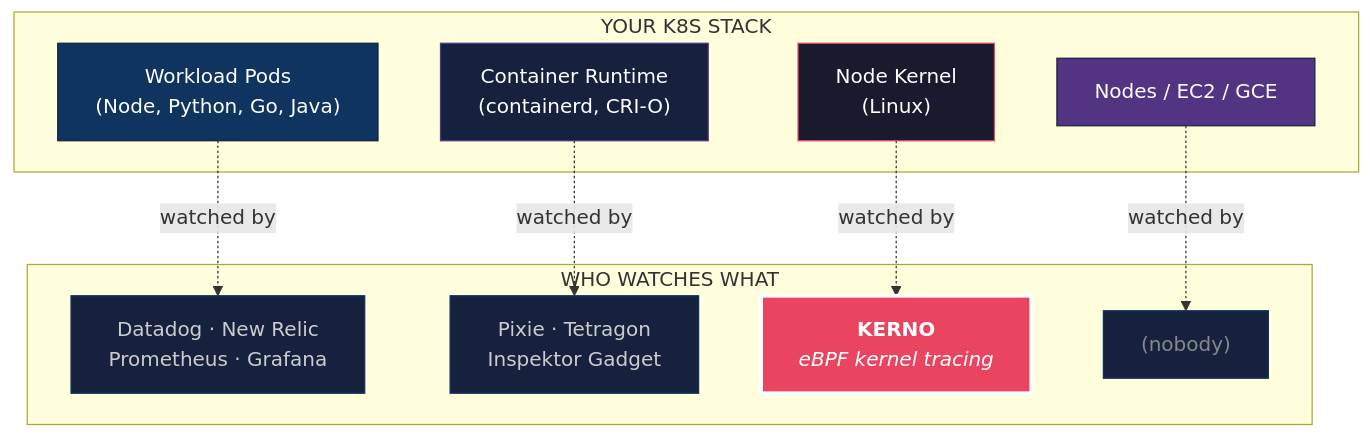
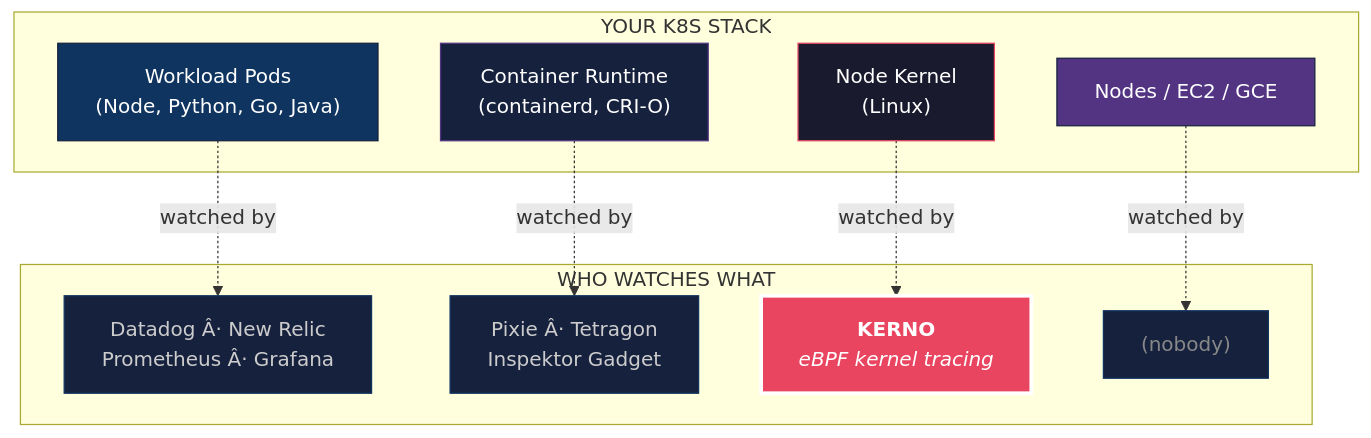
One commit to lowplane/kerno changed the first of 4 diagrams in README.md. Above: the diagram before and after it, drawn with Mermaid. The commit also changed other lines of this file and 3 other files, not shown here.

````diff
--- a/README.md
+++ b/README.md
@@ -54,30 +55,30 @@
 ```mermaid
 flowchart TB
     subgraph Stack["YOUR K8S STACK"]
         App["Workload Pods<br/>(Node, Python, Go, Java)"]
         Runtime["Container Runtime<br/>(containerd, CRI-O)"]
         OS["Node Kernel<br/>(Linux)"]
         HW["Nodes / EC2 / GCE"]
     end
 
     subgraph Tools["WHO WATCHES WHAT"]
-        APM["Datadog · New Relic<br/>Prometheus · Grafana"]
-        CRun["Pixie · Tetragon<br/>Inspektor Gadget"]
+        APM["Datadog Â· New Relic<br/>Prometheus Â· Grafana"]
+        CRun["Pixie Â· Tetragon<br/>Inspektor Gadget"]
         Kerno["<b>KERNO</b><br/><i>eBPF kernel tracing</i>"]
         Bare["(nobody)"]
     end
 
     App -.watched by.-> APM
     Runtime -.watched by.-> CRun
     OS -.watched by.-> Kerno
     HW -.watched by.-> Bare
 
     style Kerno fill:#e94560,stroke:#fff,color:#fff,stroke-width:3px
     style App fill:#0f3460,stroke:#16213e,color:#fff
     style Runtime fill:#16213e,stroke:#533483,color:#fff
     style OS fill:#1a1a2e,stroke:#e94560,color:#fff
     style HW fill:#533483,stroke:#16213e,color:#fff
     style APM fill:#16213e,stroke:#0f3460,color:#ccc
     style CRun fill:#16213e,stroke:#0f3460,color:#ccc
     style Bare fill:#16213e,stroke:#0f3460,color:#888
 ```
````
